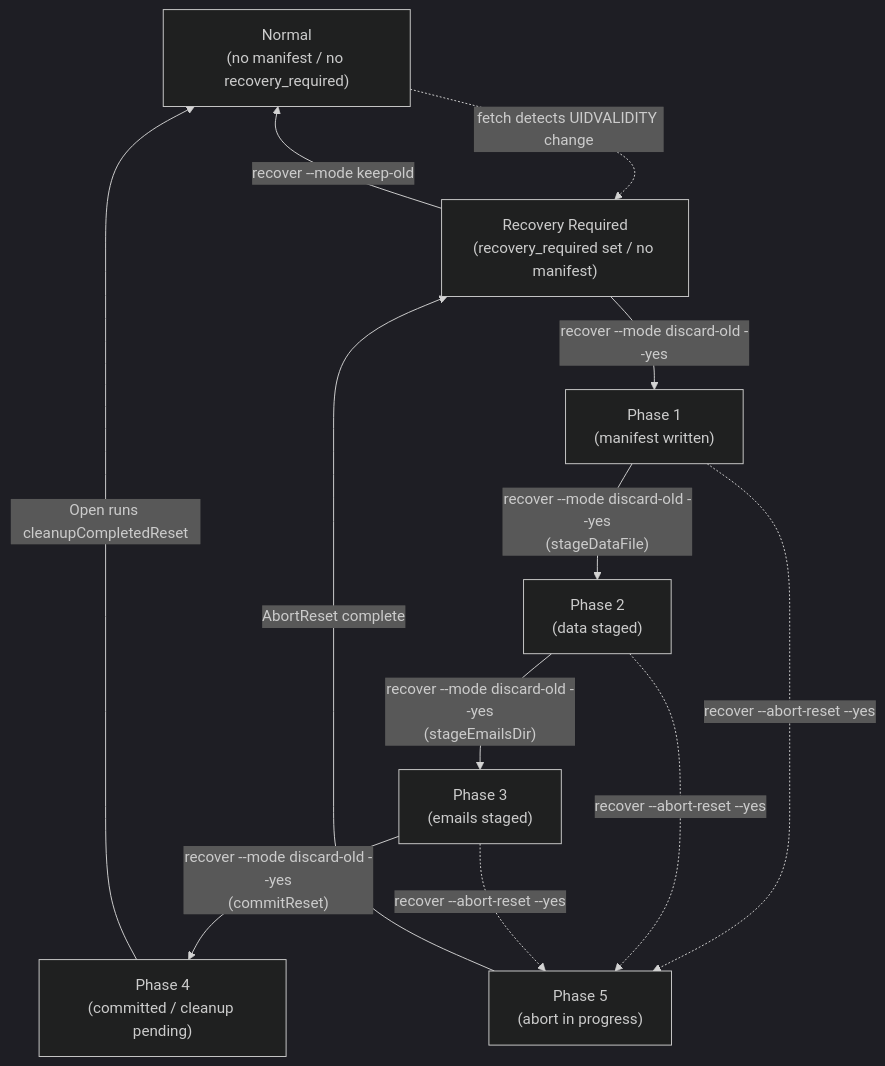
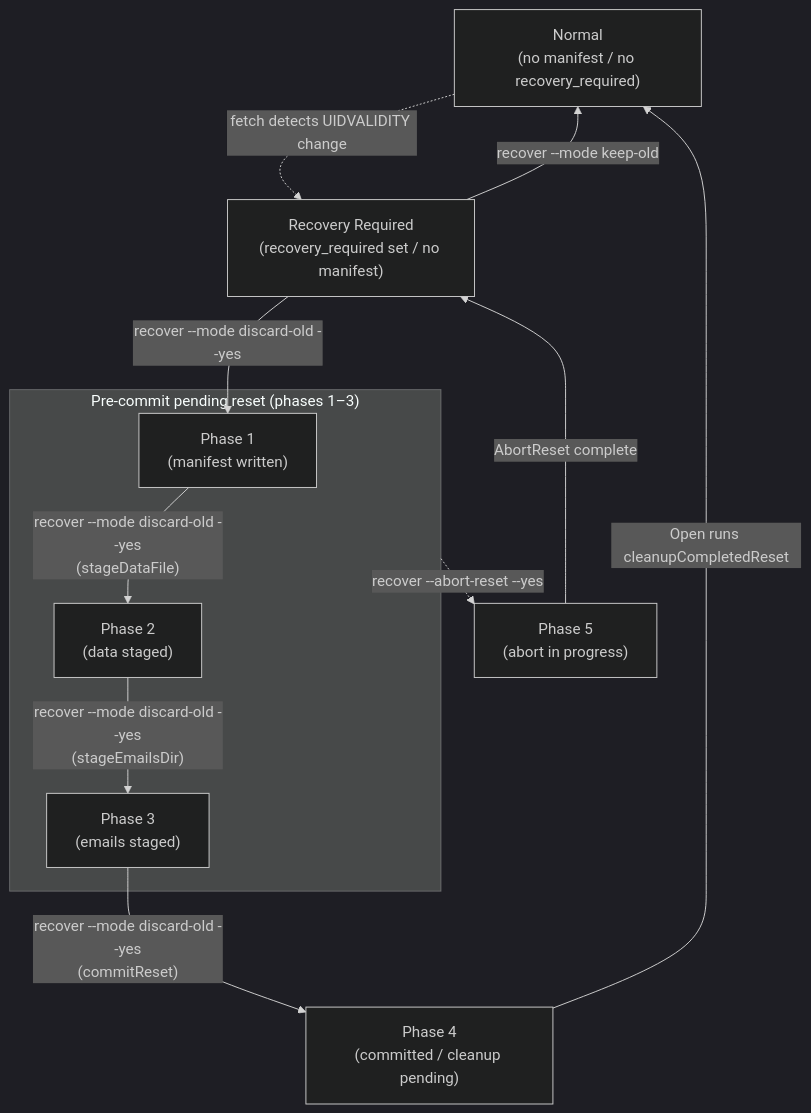
One commit to isseis/tlsrpt-digest changed the diagram in docs/dev/adr/0003_reset_phase_design.md. Above: the diagram before and after it, drawn with Mermaid (dark theme). The commit also changed 1 other file, not shown here.

Commit message:
docs(adr-0003): group phases 1-3 in subgraph to reduce abort arrows
Replace three separate abort arrows (P1/P2/P3 → P5) with a single arrow
from a subgraph enclosing all pre-commit phases, reducing visual clutter.

````diff
--- a/docs/dev/adr/0003_reset_phase_design.md
+++ b/docs/dev/adr/0003_reset_phase_design.md
@@ -62,22 +62,23 @@
 ```mermaid
 flowchart TD
     Normal["Normal<br>(no manifest / no recovery_required)"]
     RR["Recovery Required<br>(recovery_required set / no manifest)"]
-    P1["Phase 1<br>(manifest written)"]
-    P2["Phase 2<br>(data staged)"]
-    P3["Phase 3<br>(emails staged)"]
     P4["Phase 4<br>(committed / cleanup pending)"]
     P5["Phase 5<br>(abort in progress)"]
+
+    subgraph PendingReset["Pre-commit pending reset (phases 1–3)"]
+        P1["Phase 1<br>(manifest written)"]
+        P2["Phase 2<br>(data staged)"]
+        P3["Phase 3<br>(emails staged)"]
+    end
 
     Normal -.->|"fetch detects UIDVALIDITY change"| RR
     RR -->|"recover --mode keep-old"| Normal
     RR -->|"recover --mode discard-old --yes"| P1
     P1 -->|"recover --mode discard-old --yes<br>(stageDataFile)"| P2
     P2 -->|"recover --mode discard-old --yes<br>(stageEmailsDir)"| P3
     P3 -->|"recover --mode discard-old --yes<br>(commitReset)"| P4
     P4 -->|"Open runs cleanupCompletedReset"| Normal
-    P1 -.->|"recover --abort-reset --yes"| P5
-    P2 -.->|"recover --abort-reset --yes"| P5
-    P3 -.->|"recover --abort-reset --yes"| P5
+    PendingReset -.->|"recover --abort-reset --yes"| P5
     P5 -->|"AbortReset complete"| RR
 ```
````
